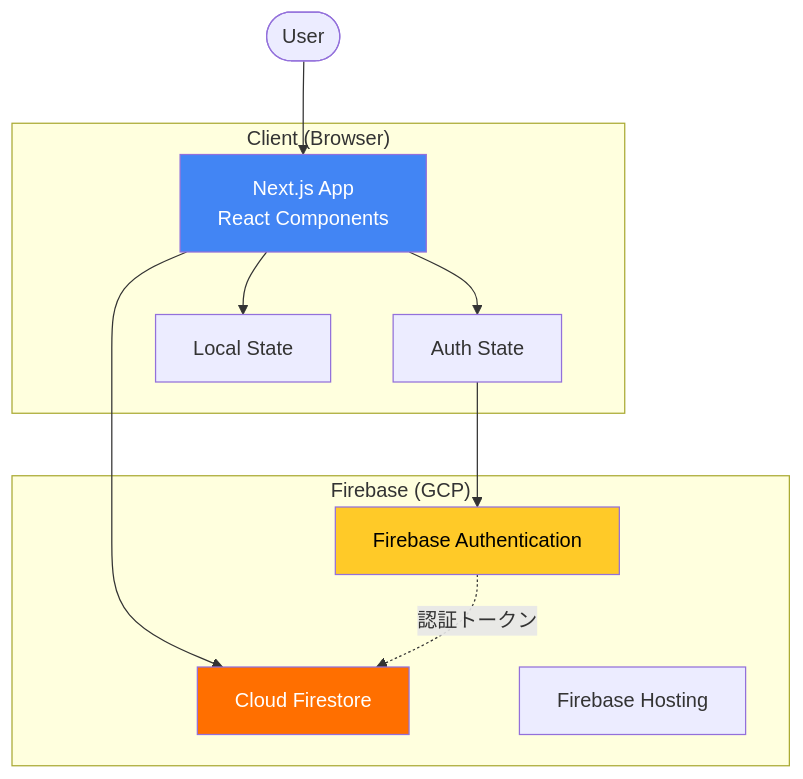
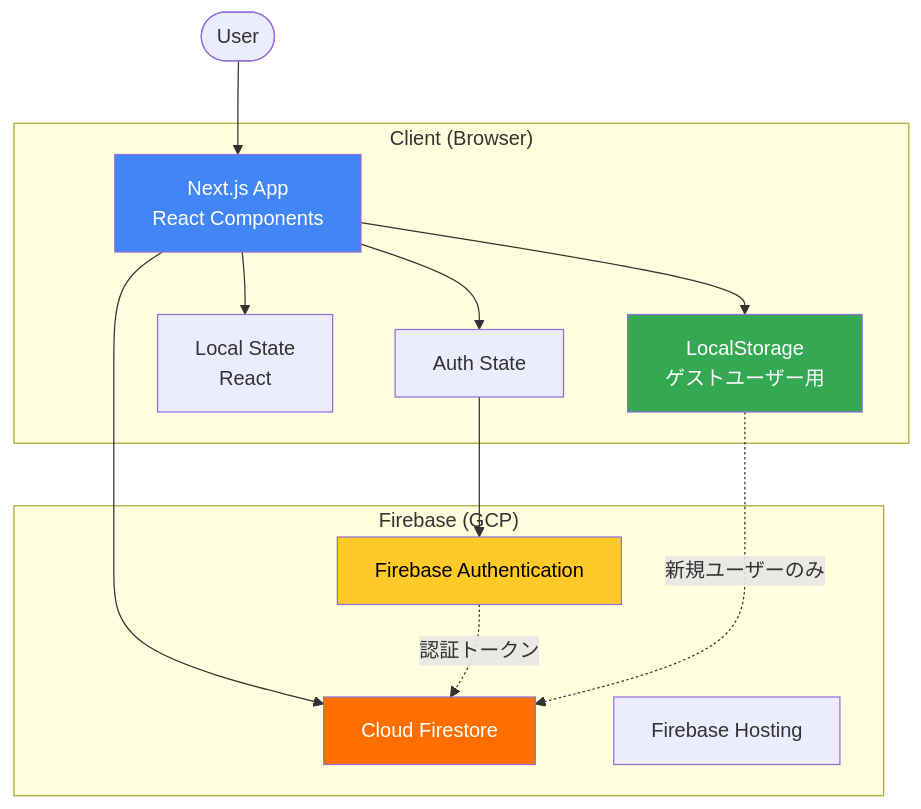
The first of 10 diagrams in docs/architecture.md (Kujo-n/pokesleepfaces), drawn with Mermaid before and after one commit. The commit also changed other lines of this file and 5 other files, not shown here.

Commit message:
docs: update documentation with localStorage and guest user features

````diff
--- a/docs/architecture.md
+++ b/docs/architecture.md
@@ -7,25 +7,29 @@
 ```mermaid
 graph TB
     subgraph "Client (Browser)"
         UI[Next.js App<br/>React Components]
         Auth[Auth State]
-        LocalState[Local State]
+        LocalState[Local State<br/>React]
+        LocalStorage[LocalStorage<br/>ゲストユーザー用]
     end
     
     subgraph "Firebase (GCP)"
         FAuth[Firebase Authentication]
         Firestore[Cloud Firestore]
         Hosting[Firebase Hosting]
     end
     
     User([User]) --> UI
     UI --> Auth
     Auth --> FAuth
     UI --> LocalState
+    UI --> LocalStorage
     UI --> Firestore
     FAuth -.認証トークン.-> Firestore
+    LocalStorage -.新規ユーザーのみ.-> Firestore
     
     style UI fill:#4285f4,color:#fff
     style FAuth fill:#ffca28,color:#000
     style Firestore fill:#ff6f00,color:#fff
+    style LocalStorage fill:#34a853,color:#fff
 ```
````
